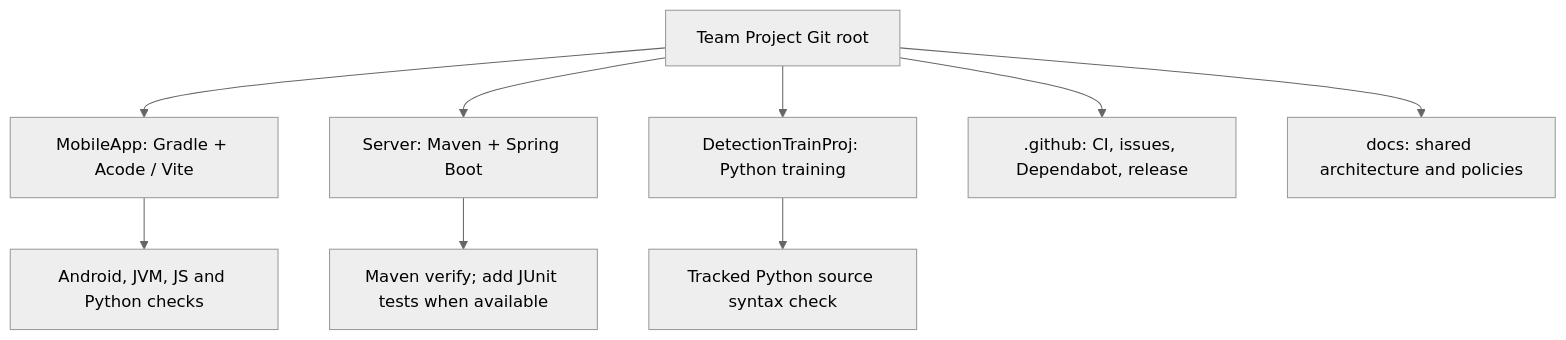
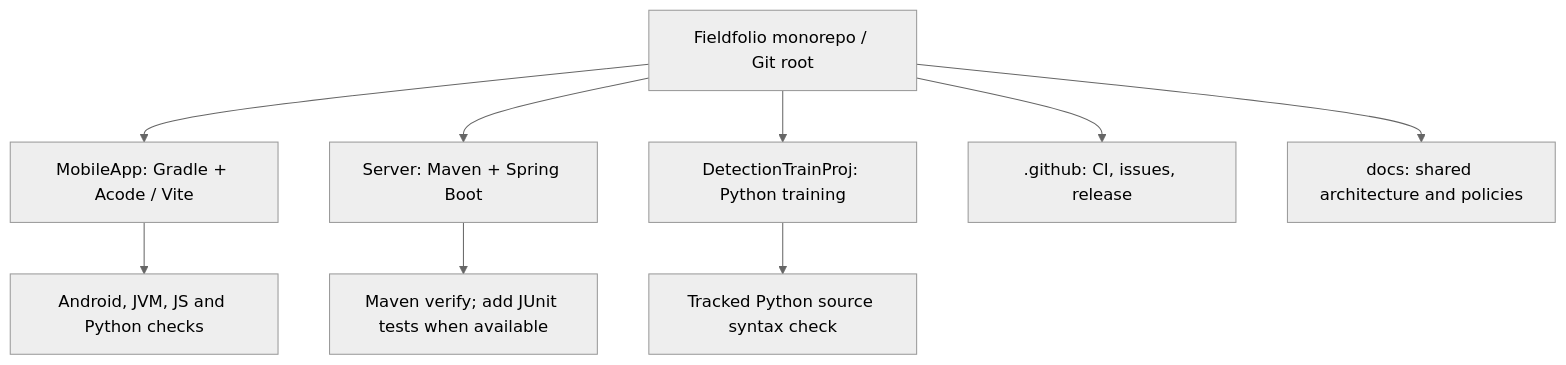
One commit to KarandaevRuslan/FieldFolio changed the second of 2 diagrams in docs/ARCHITECTURE.md. Above: the diagram before and after it, drawn with Mermaid (neutral theme). The commit also changed other lines of this file and 11 other files, not shown here.

````diff
--- a/docs/ARCHITECTURE.md
+++ b/docs/ARCHITECTURE.md
@@ -31,12 +31,12 @@
 ```mermaid
 flowchart TB
-    Repo[Team Project Git root]
+    Repo[Fieldfolio monorepo / Git root]
     Repo --> Mobile[MobileApp: Gradle + Acode / Vite]
     Repo --> Server[Server: Maven + Spring Boot]
     Repo --> Training[DetectionTrainProj: Python training]
-    Repo --> Workflows[.github: CI, issues, Dependabot, release]
+    Repo --> Workflows[.github: CI, issues, release]
     Repo --> Docs[docs: shared architecture and policies]
     Mobile --> ClientTests[Android, JVM, JS and Python checks]
     Server --> MavenTests[Maven verify; add JUnit tests when available]
     Training --> TrainingSyntax[Tracked Python source syntax check]
 ```
````
